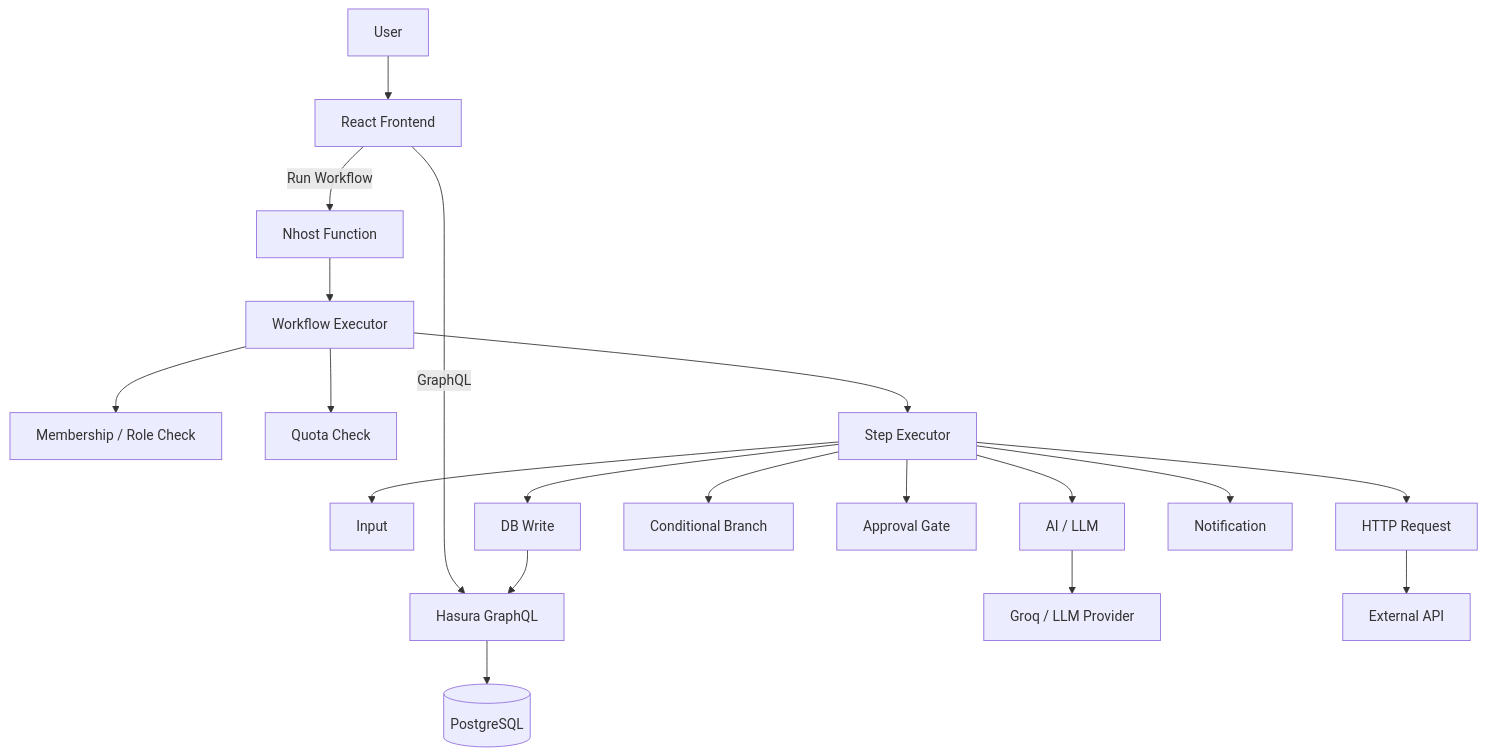
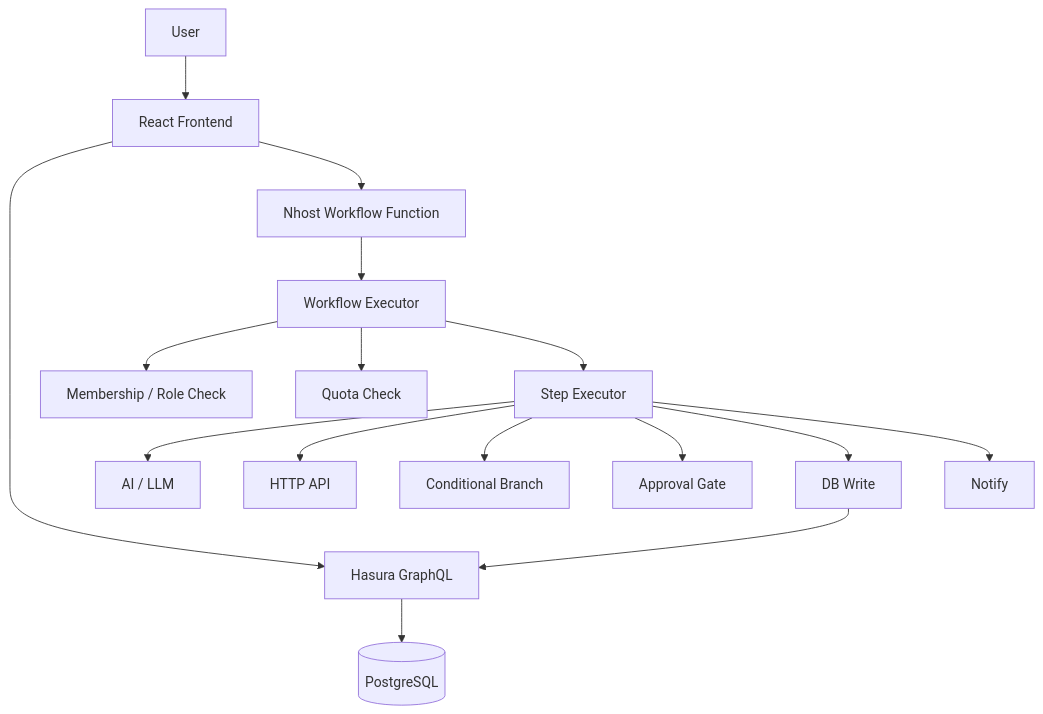
The diagram in README.md (NithinBrammesh/ai-workflow-builder), drawn with Mermaid before and after one commit. The commit also changed other lines of this file, not shown here.

````diff
--- a/README.md
+++ b/README.md
@@ -23,26 +19,23 @@
 ``` mermaid
 flowchart TB
     U[User] --> R[React Frontend]
 
-    R -->|GraphQL| H[Hasura GraphQL]
-    R -->|Run Workflow| F[Nhost Function]
+    R --> H[Hasura GraphQL]
+    R --> F[Nhost Workflow Function]
 
-    H --> P[(PostgreSQL)]
+    H --> DB[(PostgreSQL)]
 
     F --> E[Workflow Executor]
     E --> A[Membership / Role Check]
     E --> Q[Quota Check]
     E --> S[Step Executor]
 
-    S --> I[Input]
     S --> AI[AI / LLM]
-    S --> HTTP[HTTP Request]
+    S --> HTTP[HTTP API]
     S --> C[Conditional Branch]
     S --> AP[Approval Gate]
-    S --> DBW[DB Write]
-    S --> N[Notification]
+    S --> DW[DB Write]
+    S --> N[Notify]
 
-    AI --> G[Groq / LLM Provider]
-    HTTP --> X[External API]
-    DBW --> H
+    DW --> H
 ```
````
